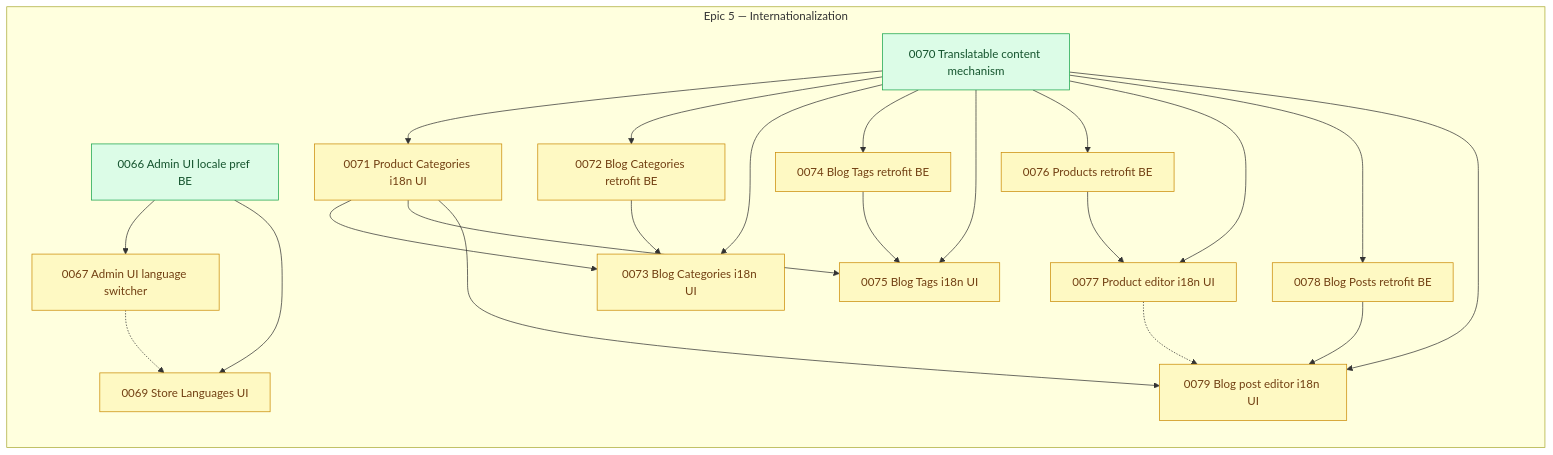
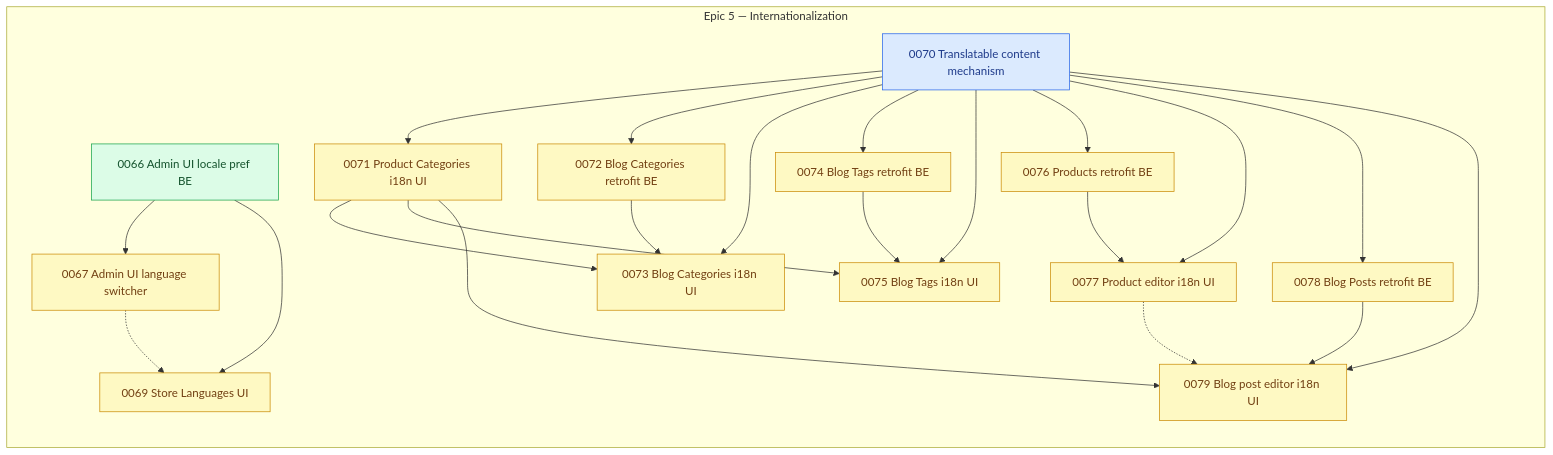
The diagram in arospe/ai-spec/tasks-map.md (shojen/AI4Devs-finalproject), drawn with Mermaid before and after one commit. The commit also changed other lines of this file and 16 other files, not shown here.

````diff
--- a/arospe/ai-spec/tasks-map.md
+++ b/arospe/ai-spec/tasks-map.md
@@ -418,5 +420,6 @@
     P0070 --> P0079
 
     class P0067,P0069,P0071,P0072,P0073,P0074,P0075,P0076,P0077,P0078,P0079 pending;
-    class P0066,P0070 ready;
+    class P0066 ready;
+    class P0070 claimed;
 ```
````
